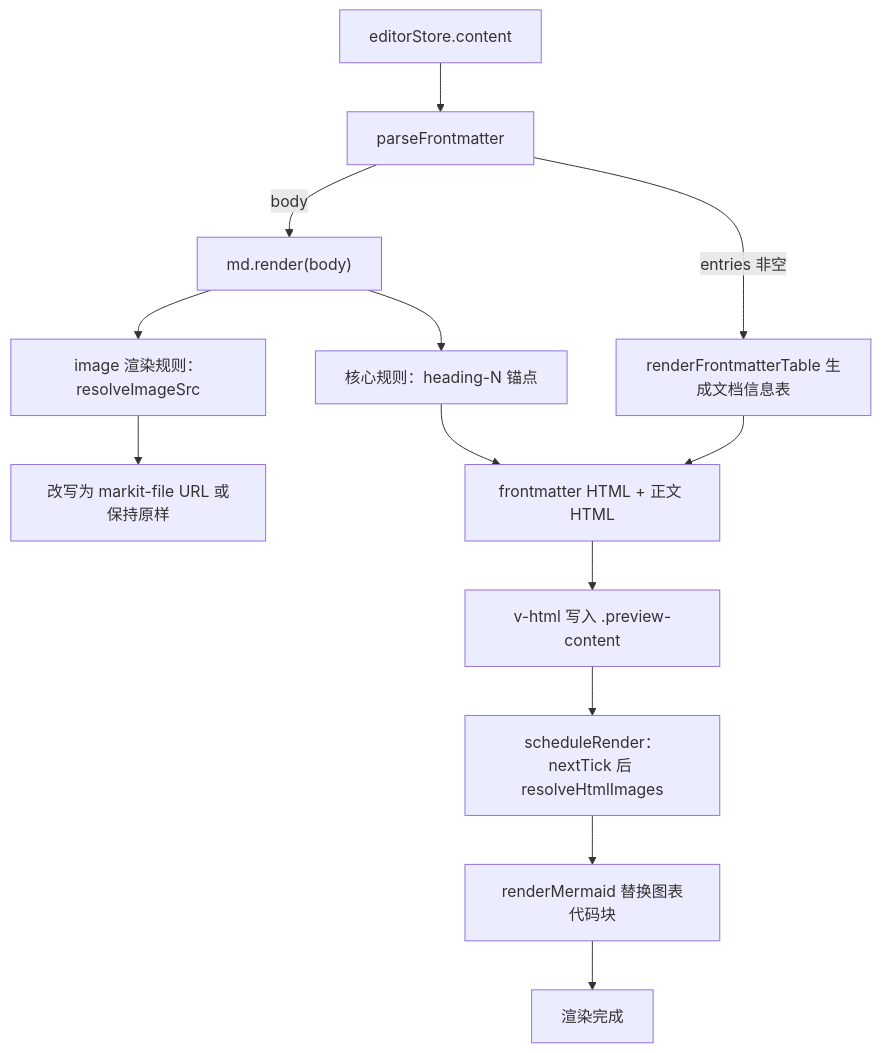
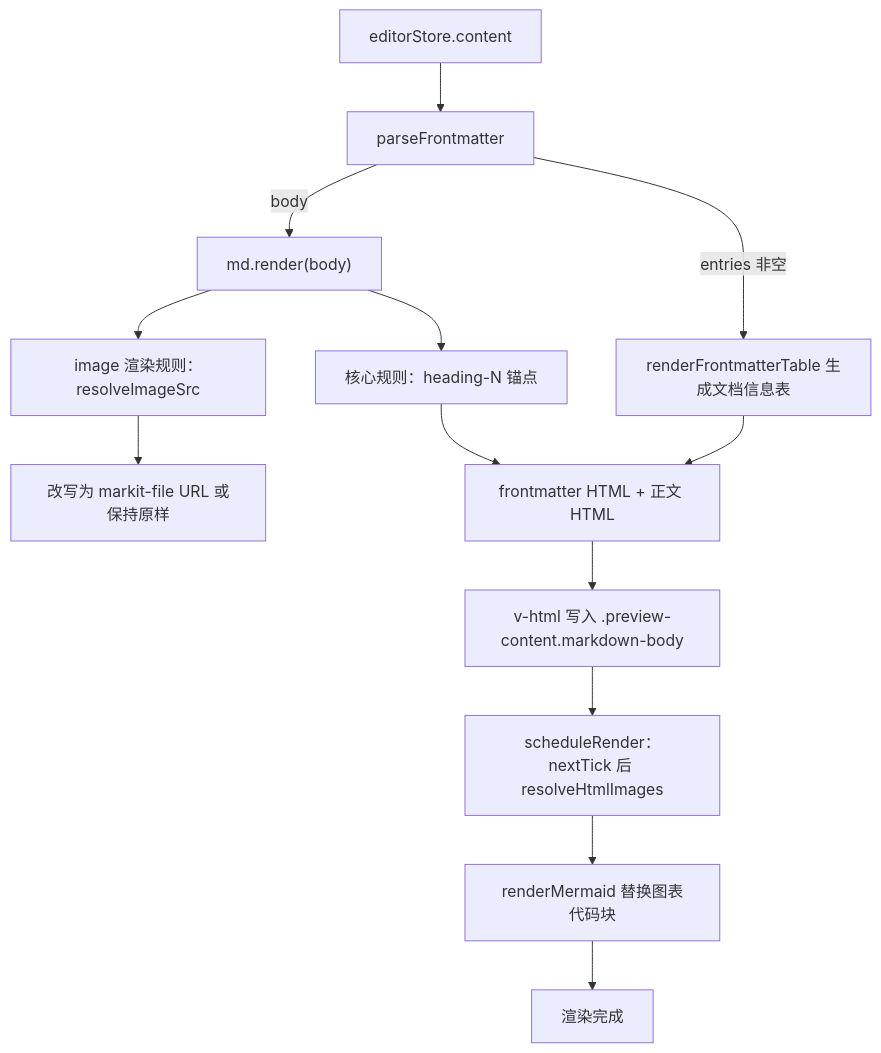
The fourth of 5 diagrams in docs/编辑器与预览.md (Harley-xk/mark-it), drawn with Mermaid before and after one commit. The commit also changed other lines of this file and 28 other files, not shown here.

````diff
--- a/docs/编辑器与预览.md
+++ b/docs/编辑器与预览.md
@@ -347,15 +359,15 @@
 ```mermaid
 flowchart TD
   C["editorStore.content"] --> PF["parseFrontmatter"]
   PF -->|"entries 非空"| FT["renderFrontmatterTable 生成文档信息表"]
   PF -->|"body"| MD["md.render(body)"]
   MD --> IMG["image 渲染规则：resolveImageSrc"]
   IMG --> MF["改写为 markit-file URL 或保持原样"]
   MD --> HA["核心规则：heading-N 锚点"]
   FT --> OUT["frontmatter HTML + 正文 HTML"]
   HA --> OUT
-  OUT --> VH["v-html 写入 .preview-content"]
+  OUT --> VH["v-html 写入 .preview-content.markdown-body"]
   VH --> RI["scheduleRender：nextTick 后 resolveHtmlImages"]
   RI --> MM["renderMermaid 替换图表代码块"]
   MM --> FIN["渲染完成"]
 ```
````
